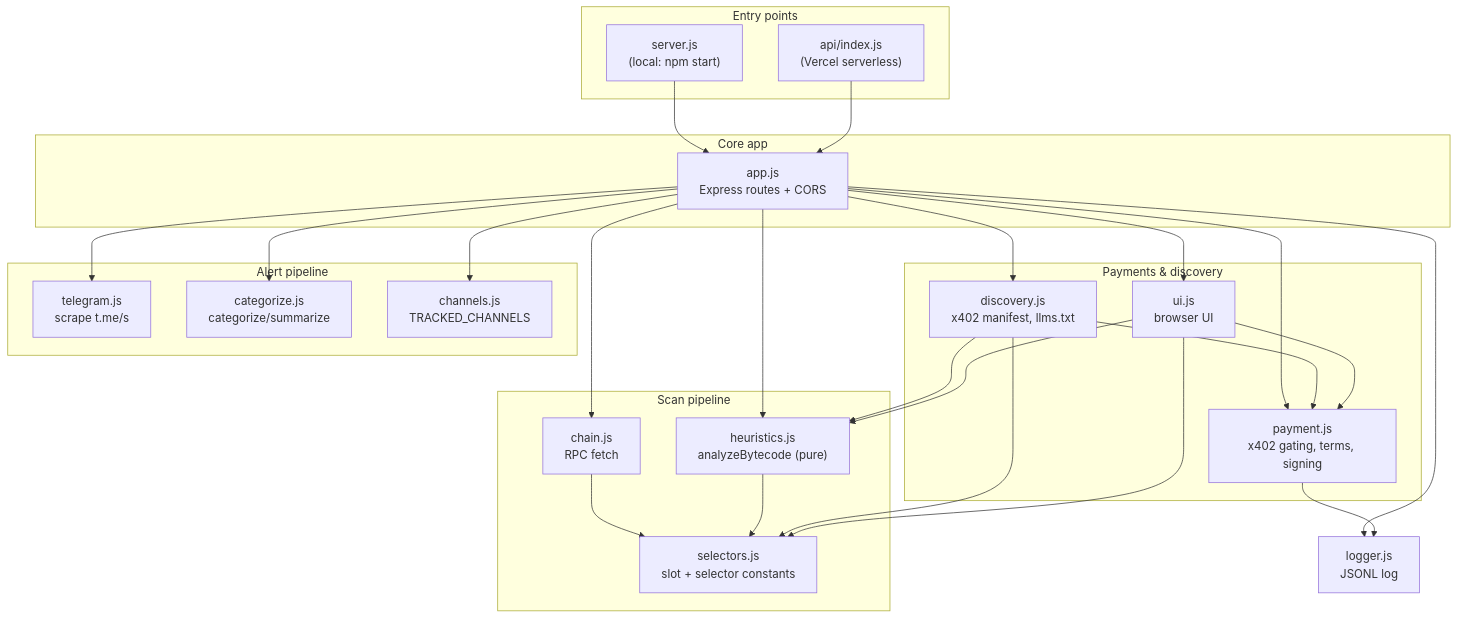
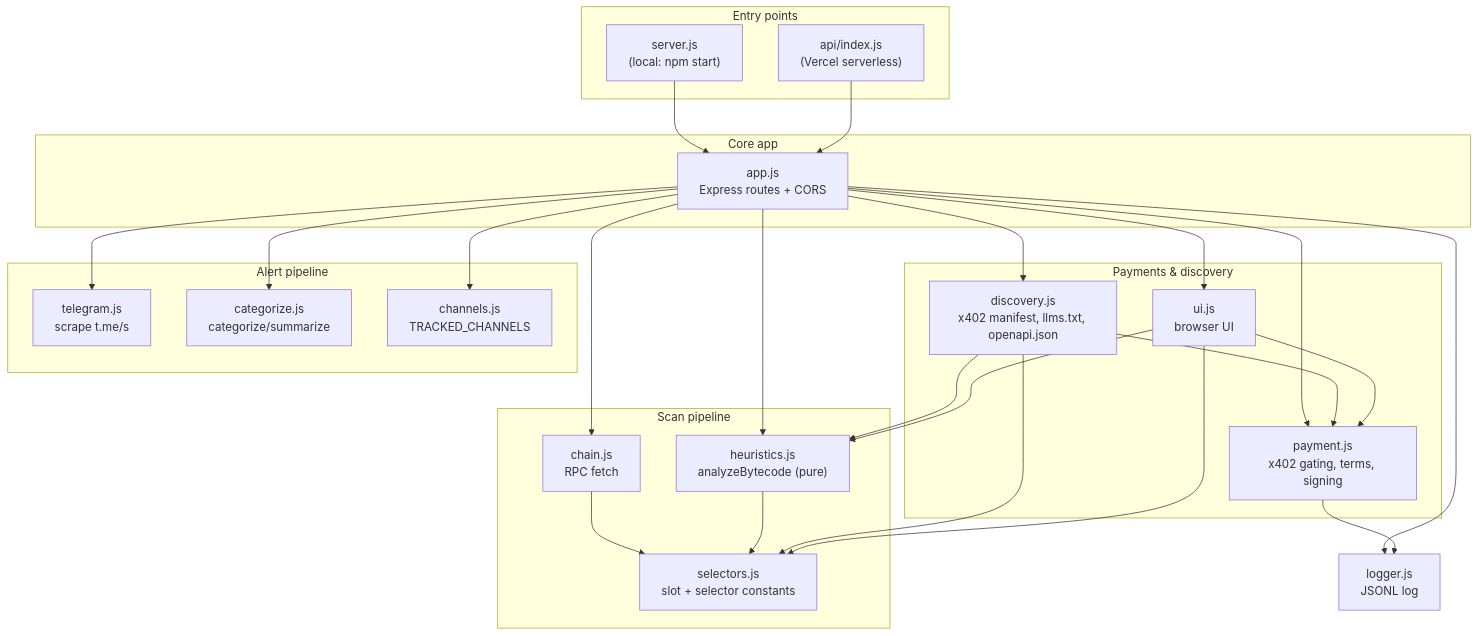
The first of 2 diagrams in README.md (freesultan/contract-risk-api), drawn with Mermaid before and after one commit. The commit also changed other lines of this file and 4 other files, not shown here.

````diff
--- a/README.md
+++ b/README.md
@@ -18,55 +24,54 @@
 ```mermaid
 graph TD
     subgraph Entry points
         SRV["server.js<br/>(local: npm start)"]
         VER["api/index.js<br/>(Vercel serverless)"]
     end
 
     subgraph Core app
         APP["app.js<br/>Express routes + CORS"]
     end
 
     subgraph Payments & discovery
         PAY["payment.js<br/>x402 gating, terms, signing"]
-        DISC["discovery.js<br/>x402 manifest, llms.txt"]
+        DISC["discovery.js<br/>x402 manifest, llms.txt, openapi.json"]
         UI["ui.js<br/>browser UI"]
     end
 
     subgraph Scan pipeline
         CHAIN["chain.js<br/>RPC fetch"]
         SEL["selectors.js<br/>slot + selector constants"]
         HEUR["heuristics.js<br/>analyzeBytecode (pure)"]
     end
 
     subgraph Alert pipeline
         TG["telegram.js<br/>scrape t.me/s"]
         CAT["categorize.js<br/>categorize/summarize"]
         CHAN["channels.js<br/>TRACKED_CHANNELS"]
     end
 
     LOG["logger.js<br/>JSONL log"]
 
     SRV --> APP
     VER --> APP
 
     APP --> PAY
     APP --> DISC
     APP --> UI
     APP --> CHAIN
     APP --> HEUR
     APP --> TG
     APP --> CAT
     APP --> CHAN
     APP --> LOG
 
     CHAIN --> SEL
     HEUR --> SEL
     DISC --> PAY
     DISC --> HEUR
     DISC --> SEL
     UI --> PAY
     UI --> HEUR
     UI --> SEL
     PAY --> LOG
-
 ```
````
